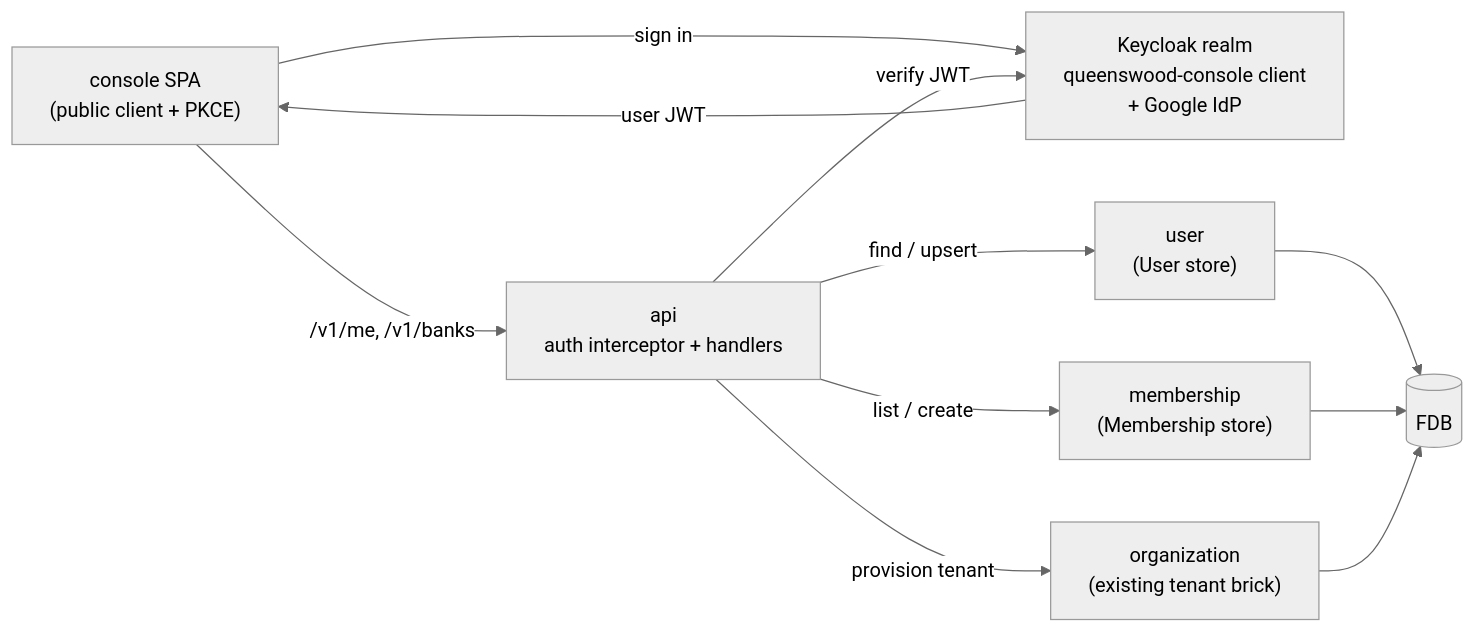
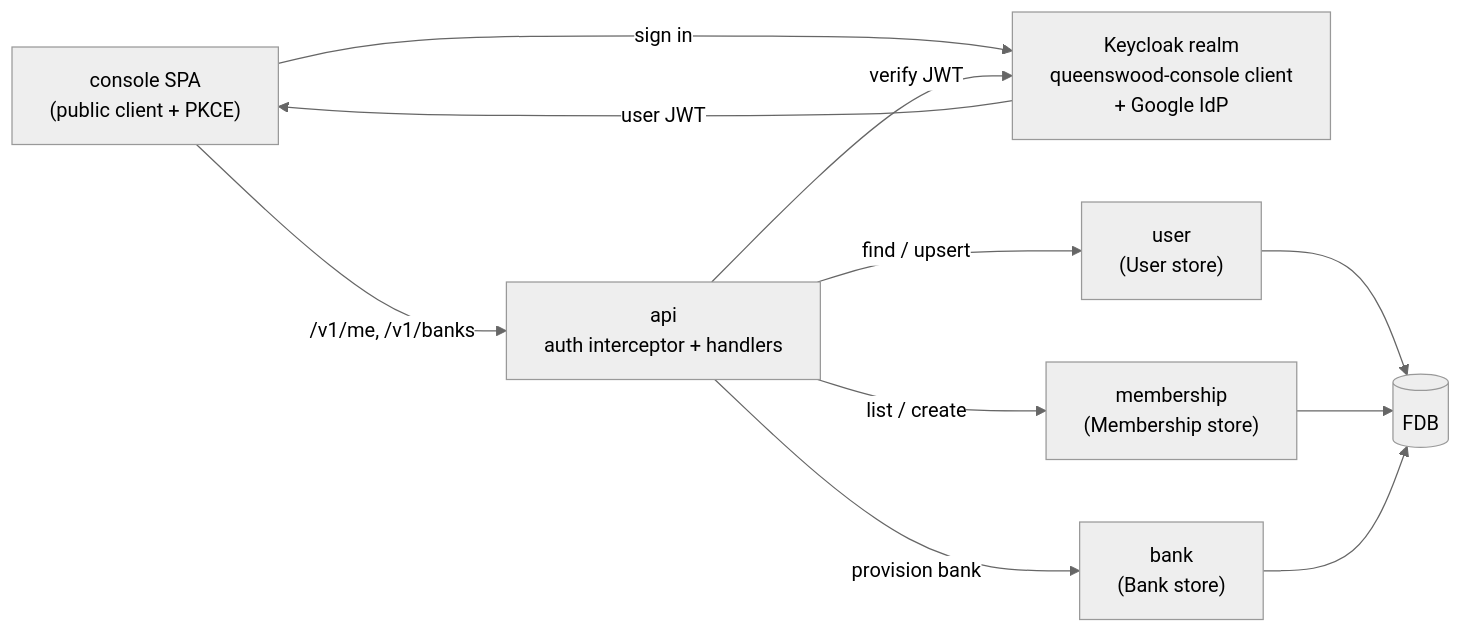
Before and after one commit to repldriven/queenswood: the diagram in docs/tdd/onboarding.md, drawn with Mermaid (neutral theme). The commit also changed 32 other files, not shown here.

````diff
--- a/docs/tdd/onboarding.md
+++ b/docs/tdd/onboarding.md
@@ -69,21 +69,21 @@
 ```mermaid
 graph LR
     SPA["console SPA<br/>(public client + PKCE)"]
     KC["Keycloak realm<br/>queenswood-console client<br/>+ Google IdP"]
     API["api<br/>auth interceptor + handlers"]
     BU["user<br/>(User store)"]
     BM["membership<br/>(Membership store)"]
-    BO["organization<br/>(existing tenant brick)"]
+    BO["bank<br/>(Bank store)"]
     FDB[("FDB")]
 
     SPA -->|sign in| KC
     KC -->|user JWT| SPA
     SPA -->|/v1/me, /v1/banks| API
     API -->|verify JWT| KC
     API -->|find / upsert| BU
     API -->|list / create| BM
-    API -->|provision tenant| BO
+    API -->|provision bank| BO
     BU --> FDB
     BM --> FDB
     BO --> FDB
 ```
````
